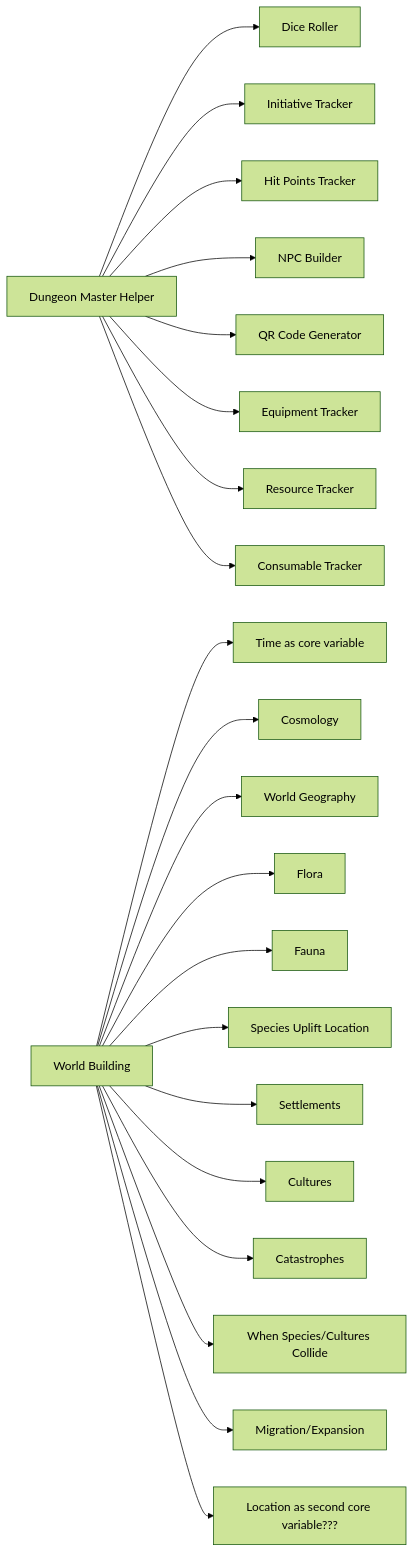
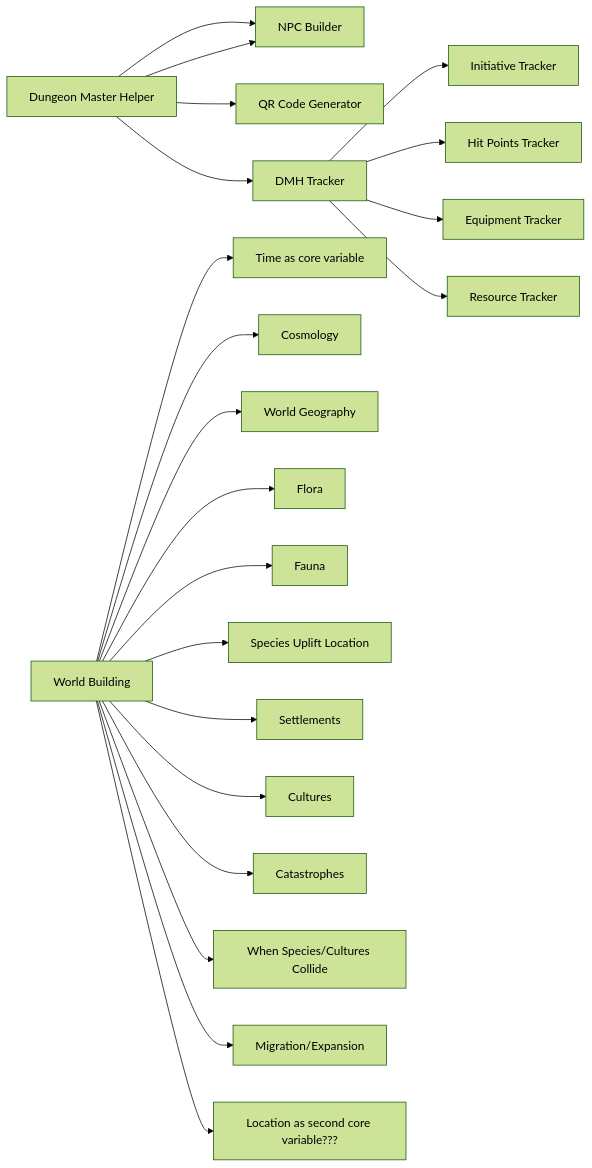
One commit to Half-Guinea-Press/thistle_octopus changed the diagram in docs/blog/posts/240311.md. Above: the diagram before and after it, drawn with Mermaid (forest theme).

````diff
--- a/docs/blog/posts/240311.md
+++ b/docs/blog/posts/240311.md
@@ -9,25 +9,25 @@
 ``` mermaid
 graph LR
 
   DMH[Dungeon Master Helper] --> DMH1[Dice Roller]
-  DMH --> DMH2[Initiative Tracker]
-  DMH --> DMH3[Hit Points Tracker]
-  DMH --> DMH4[NPC Builder]
-  DMH --> DMH5[QR Code Generator]
-  DMH --> DMH6[Equipment Tracker]
-  DMH --> DMH7[Resource Tracker]
-  DMH --> DMH8[Consumable Tracker]
+  DMH --> DMH1[NPC Builder]
+  DMH --> DMH2[QR Code Generator]
+  DMH --> DMHT[DMH Tracker]
+  DMHT --> DMHT1[Initiative Tracker]
+  DMHT --> DMHT2[Hit Points Tracker]
+  DMHT --> DMT3[Equipment Tracker]
+  DMHT --> DMHT4[Resource Tracker]
   WB[World Building] --> WB1[Time as core variable]
   WB[World Building] --> WB2[Cosmology]
   WB[World Building] --> WB3[World Geography]
   WB[World Building] --> WB4[Flora]
   WB[World Building] --> WB5[Fauna]
   WB[World Building] --> WB6[Species Uplift Location]
   WB[World Building] --> WB7[Settlements]
   WB[World Building] --> WB8[Cultures]
   WB[World Building] --> WB9[Catastrophes]
   WB[World Building] --> WB10[When Species/Cultures Collide]
   WB[World Building] --> WB11[Migration/Expansion]
   WB[World Building] --> WB12[Location as second core variable???]
 
 ```
````
